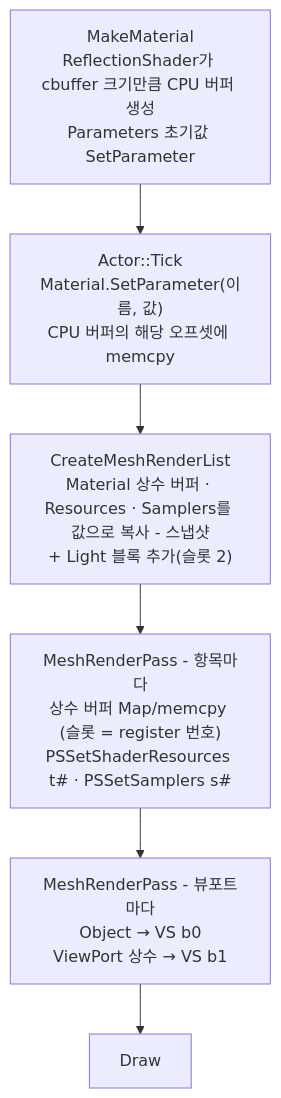
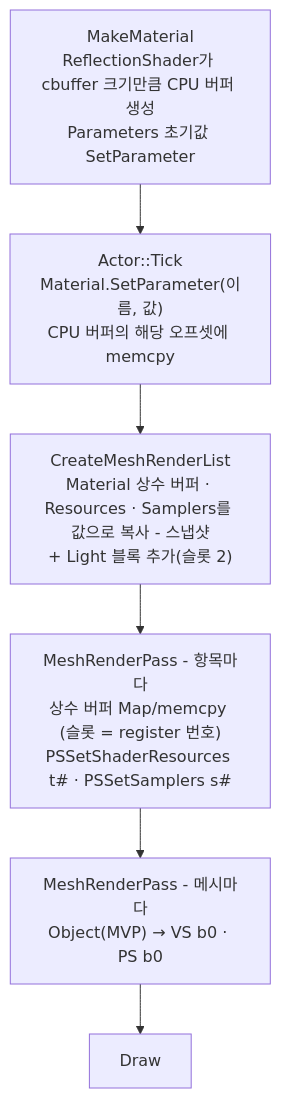
One commit to Gat-Young/ForestPearlEngine changed the seventh of 22 diagrams in README.md. Above: the diagram before and after it, drawn with Mermaid. The commit also changed other lines of this file, not shown here.

````diff
--- a/README.md
+++ b/README.md
@@ -857,8 +853,8 @@
 ```mermaid
 flowchart TD
     A["MakeMaterial<br/>ReflectionShader가 cbuffer 크기만큼 CPU 버퍼 생성<br/>Parameters 초기값 SetParameter"] --> B["Actor::Tick<br/>Material.SetParameter(이름, 값)<br/>CPU 버퍼의 해당 오프셋에 memcpy"]
     B --> C["CreateMeshRenderList<br/>Material 상수 버퍼 · Resources · Samplers를 값으로 복사 - 스냅샷<br/>+ Light 블록 추가(슬롯 2)"]
     C --> D["MeshRenderPass - 항목마다<br/>상수 버퍼 Map/memcpy (슬롯 = register 번호)<br/>PSSetShaderResources t# · PSSetSamplers s#"]
-    D --> E["MeshRenderPass - 뷰포트마다<br/>Object → VS b0<br/>ViewPort 상수 → VS b1"]
+    D --> E["MeshRenderPass - 메시마다<br/>Object(MVP) → VS b0 · PS b0"]
     E --> F["Draw"]
 ```
````
